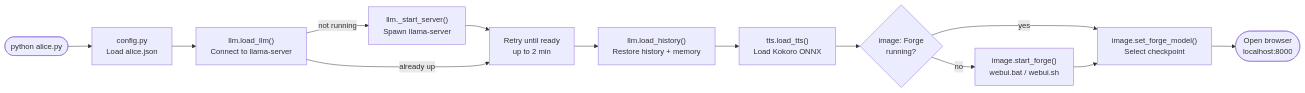
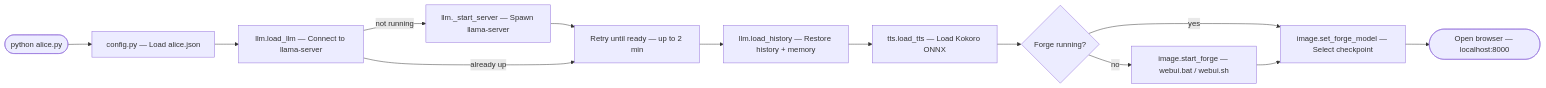
The third of 4 diagrams in Readme.md (cschladetsch/PyLocalEnsemble), drawn with Mermaid before and after one commit. The commit also changed other lines of this file and 1 other file, not shown here.

Commit message:
Fix Mermaid diagrams: replace multi-line labels with single-line em-dash style

````diff
--- a/Readme.md
+++ b/Readme.md
@@ -364,15 +364,15 @@
 ```mermaid
 flowchart LR
-    A([python alice.py]) --> B["config.py<br/>Load alice.json"]
-    B --> C["llm.load_llm()<br/>Connect to llama-server"]
-    C -->|not running| D["llm._start_server()<br/>Spawn llama-server"]
-    D --> E["Retry until ready<br/>up to 2 min"]
+    A([python alice.py]) --> B[config.py — Load alice.json]
+    B --> C[llm.load_llm — Connect to llama-server]
+    C -->|not running| D[llm._start_server — Spawn llama-server]
+    D --> E[Retry until ready — up to 2 min]
     C -->|already up| E
-    E --> F["llm.load_history()<br/>Restore history + memory"]
-    F --> G["tts.load_tts()<br/>Load Kokoro ONNX"]
-    G --> H{"image: Forge<br/>running?"}
-    H -->|no| I["image.start_forge()<br/>webui.bat / webui.sh"]
+    E --> F[llm.load_history — Restore history + memory]
+    F --> G[tts.load_tts — Load Kokoro ONNX]
+    G --> H{Forge running?}
+    H -->|no| I[image.start_forge — webui.bat / webui.sh]
     H -->|yes| J
-    I --> J["image.set_forge_model()<br/>Select checkpoint"]
-    J --> K(["Open browser<br/>localhost:8000"])
+    I --> J[image.set_forge_model — Select checkpoint]
+    J --> K([Open browser — localhost:8000])
 ```
````
